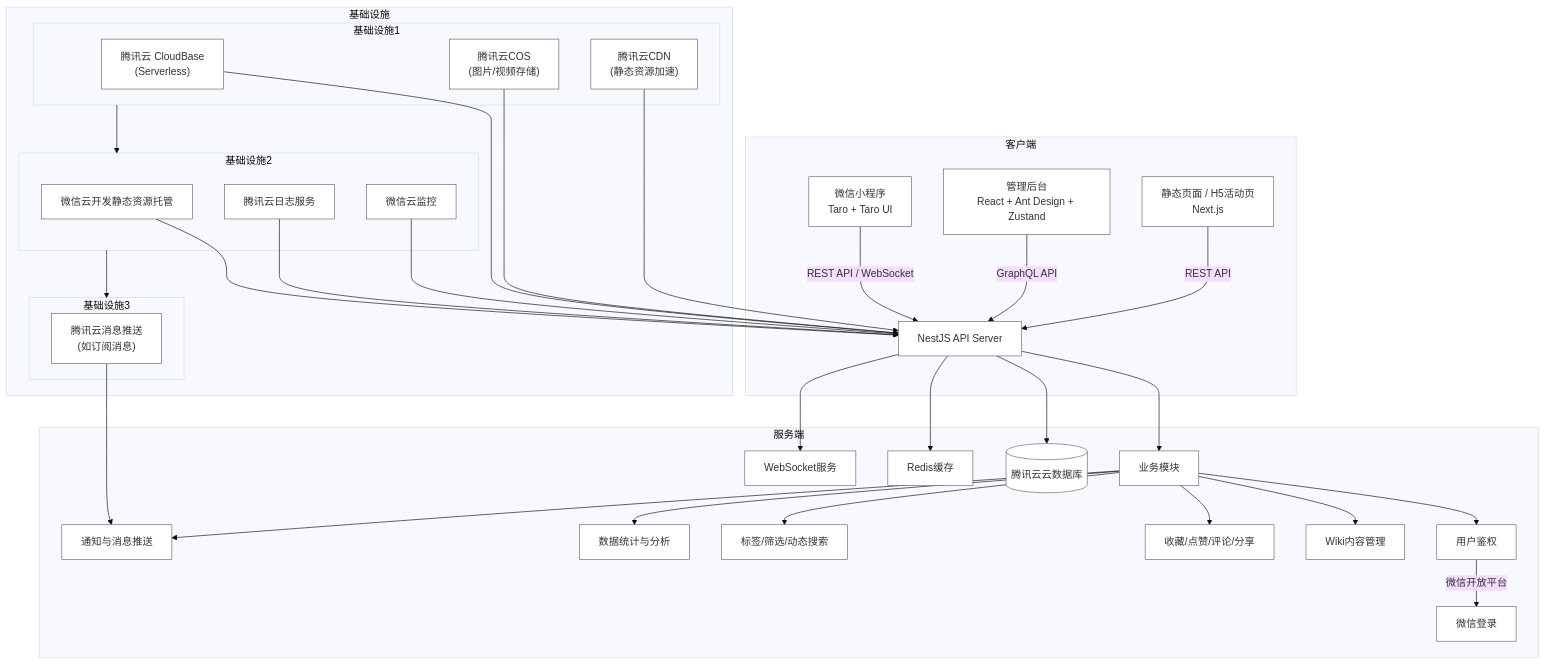
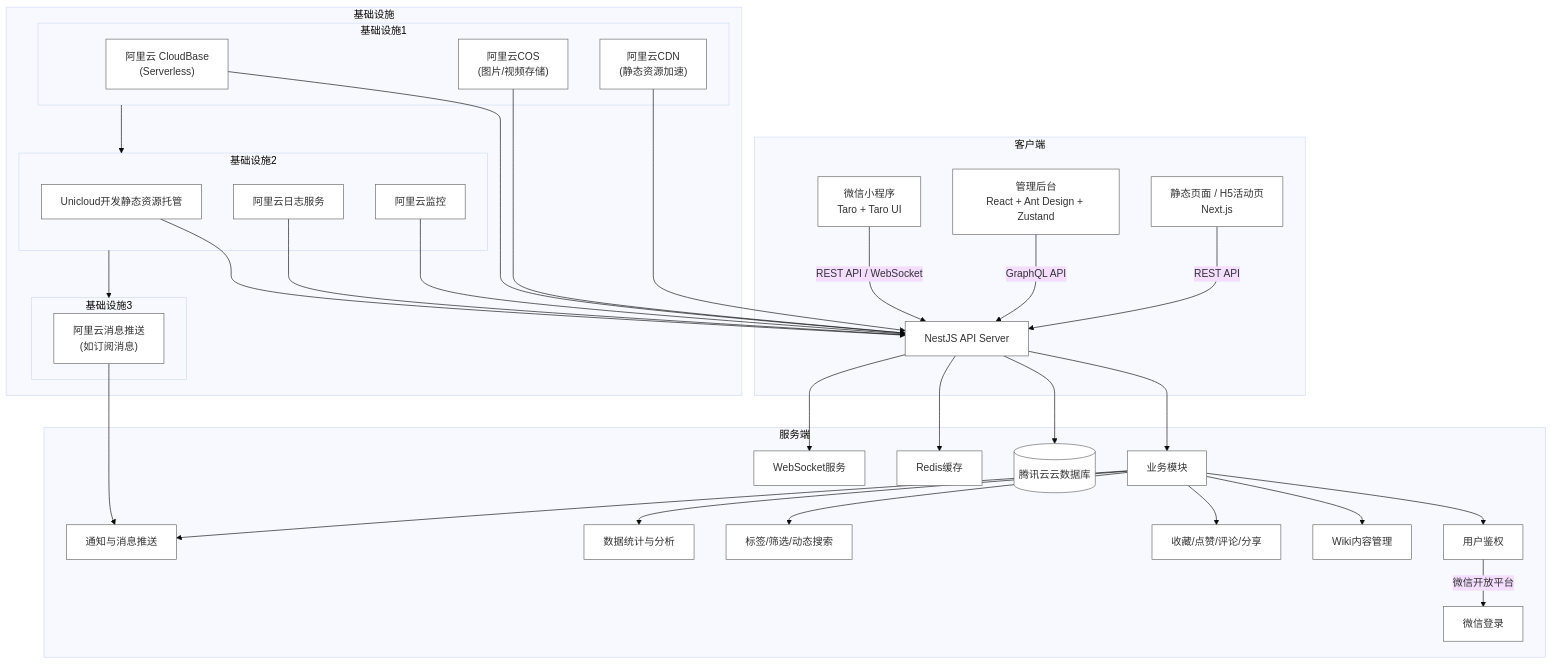
One commit to HachimiCCB/docs changed the first of 6 diagrams in architecture/README.md. Above: the diagram before and after it, drawn with Mermaid (base theme). The commit also changed other lines of this file, not shown here.

````diff
--- a/architecture/README.md
+++ b/architecture/README.md
@@ -4,53 +4,53 @@
 ```mermaid
 flowchart TB
     subgraph 客户端
         A["微信小程序<br>Taro + Taro UI"] -->|REST API / WebSocket| D
         B["管理后台<br>React + Ant Design + Zustand"] -->|GraphQL API| D
         C["静态页面 / H5活动页<br>Next.js"] -->|REST API| D
     end
 
     subgraph 服务端
         D["NestJS API Server"] --> E["业务模块"]
         E --> F["用户鉴权"]
         E --> G["Wiki内容管理"]
         E --> H["收藏/点赞/评论/分享"]
         E --> I["标签/筛选/动态搜索"]
         E --> J["数据统计与分析"]
         E --> K["通知与消息推送"]
         D --> L[("腾讯云云数据库")]
         D --> M["Redis缓存"]
         D --> N["WebSocket服务"]
         F -->|微信开放平台| O["微信登录"]
     end
 
     subgraph 基础设施
         subgraph 基础设施1
-            P["腾讯云 CloudBase<br>(Serverless)"]
-            Q["腾讯云COS<br>(图片/视频存储)"]
-            R["腾讯云CDN<br>(静态资源加速)"]
+            P["阿里云 CloudBase<br>(Serverless)"]
+            Q["阿里云COS<br>(图片/视频存储)"]
+            R["阿里云CDN<br>(静态资源加速)"]
         end
         基础设施1 --> 基础设施2
         subgraph 基础设施2
-            S["微信云开发静态资源托管"]
-            T["腾讯云日志服务"]
-            U["微信云监控"]
+            S["Unicloud开发静态资源托管"]
+            T["阿里云日志服务"]
+            U["阿里云监控"]
         end
         基础设施2 --> 基础设施3
         subgraph 基础设施3
-            W["腾讯云消息推送<br>(如订阅消息)"]
+            W["阿里云消息推送<br>(如订阅消息)"]
         end
     end
 
     P --> D
     Q --> D
     R --> D
     S --> D
     T --> D
     U --> D
     W --> K
 
     classDef tech fill:#fff,stroke:#666;
     class A,B,C,D,E,F,G,H,I,J,K,L,M,N,O,P,Q,R,S,T,U,W tech
 
 
 ```
````
